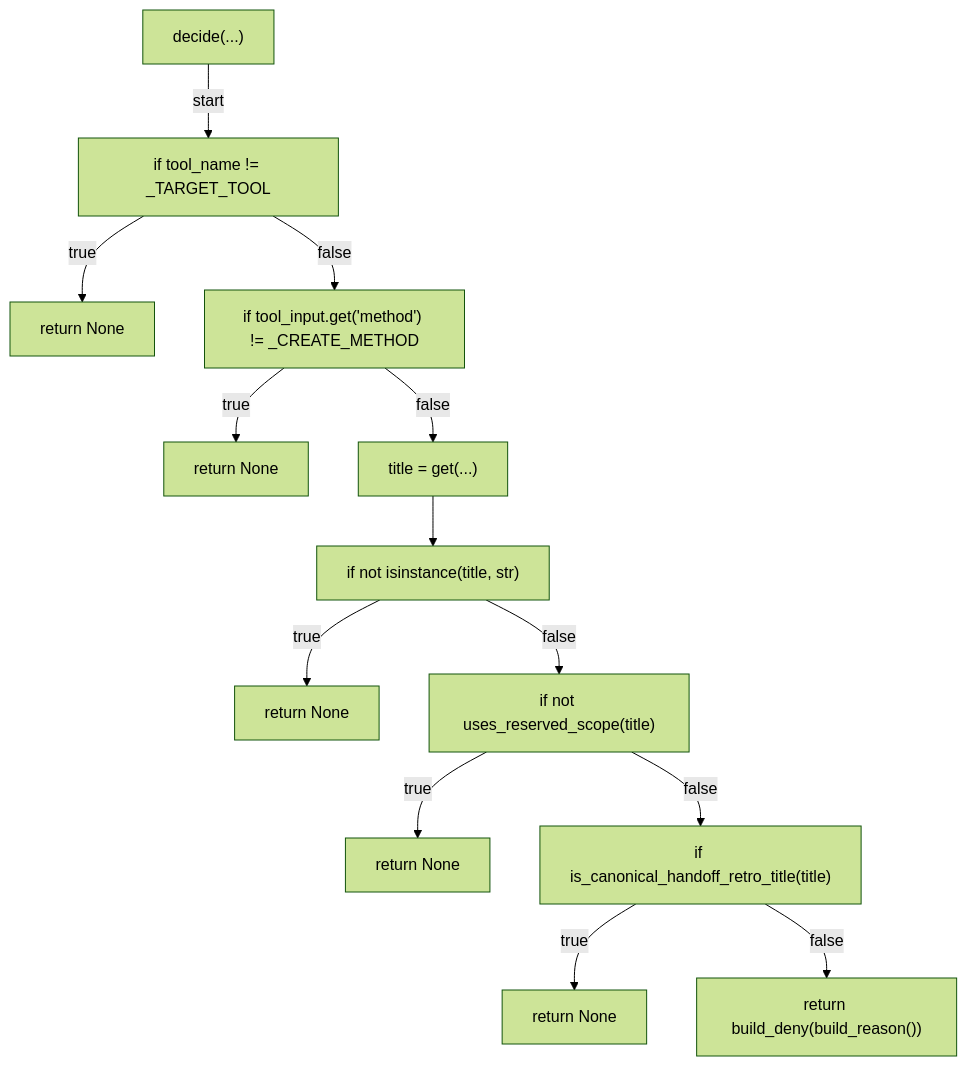
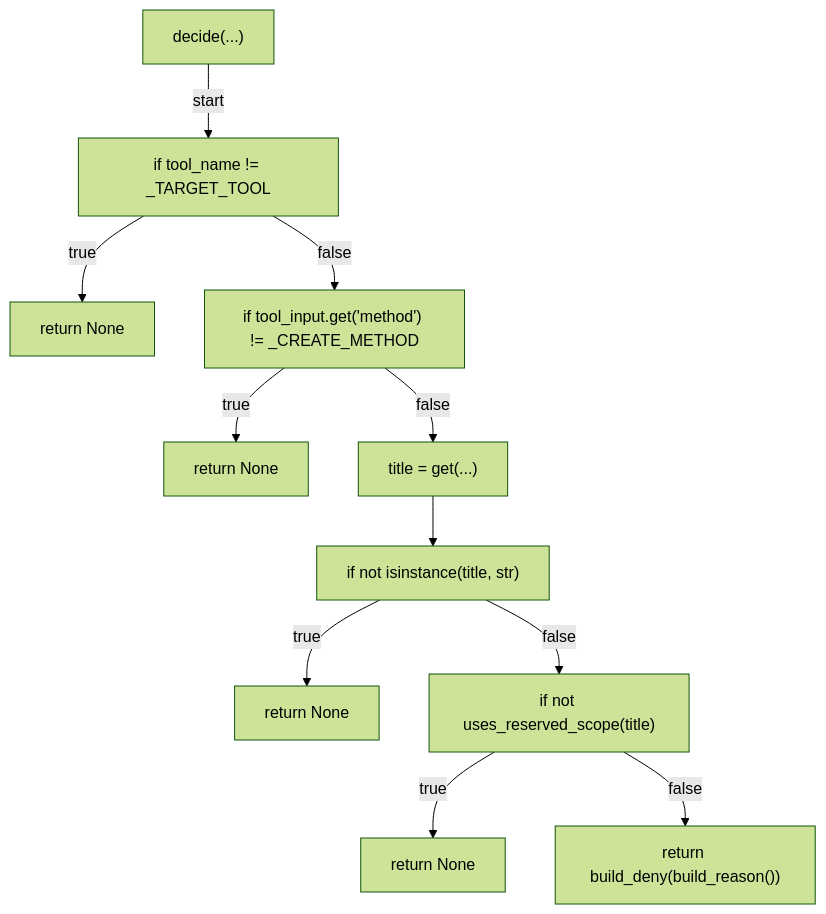
The third of 4 diagrams in docs/generated/scripts/ast/gate_reserved_retro_scope.md (tvna/claude-md), drawn with Mermaid (forest theme) before and after one commit. The commit also changed 6 other files, not shown here.

First line of the commit message:
docs(generated): regenerate decision tree and workflow diagrams

````diff
--- a/docs/generated/scripts/ast/gate_reserved_retro_scope.md
+++ b/docs/generated/scripts/ast/gate_reserved_retro_scope.md
@@ -25,28 +25,24 @@
 ```mermaid
 flowchart TD
     N001["decide(...)"]
     N002["if tool_name != _TARGET_TOOL"]
     N003["return None"]
     N004["if tool_input.get('method') != _CREATE_METHOD"]
     N005["return None"]
     N006["title = get(...)"]
     N007["if not isinstance(title, str)"]
     N008["return None"]
     N009["if not uses_reserved_scope(title)"]
     N010["return None"]
-    N011["if is_canonical_handoff_retro_title(title)"]
-    N012["return None"]
-    N013["return build_deny(build_reason())"]
+    N011["return build_deny(build_reason())"]
     N001 -->|"start"| N002
     N002 -->|"true"| N003
     N002 -->|"false"| N004
     N004 -->|"true"| N005
     N004 -->|"false"| N006
     N006 --> N007
     N007 -->|"true"| N008
     N007 -->|"false"| N009
     N009 -->|"true"| N010
     N009 -->|"false"| N011
-    N011 -->|"true"| N012
-    N011 -->|"false"| N013
 ```
````
